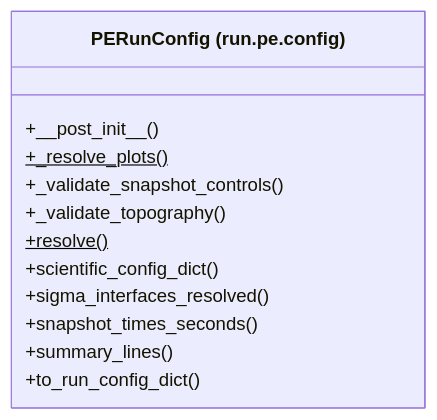
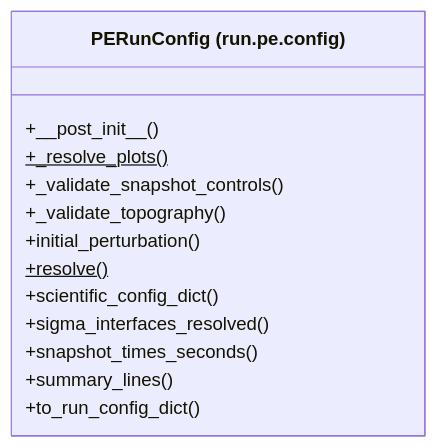
The diagram in docs/architecture/current/classes/tropoi.run.pe.mmd (AlexandreEros/Palintropos), drawn with Mermaid before and after one commit. The commit also changed 6 other files, not shown here.

Commit message:
docs(architecture): refresh the current snapshot for orographic_thermal_wave

```diff
--- a/docs/architecture/current/classes/tropoi.run.pe.mmd
+++ b/docs/architecture/current/classes/tropoi.run.pe.mmd
@@ -1,15 +1,16 @@
 %% Generated by tools.architecture 1.0.0. Do not edit by hand.
 %% All classes defined in package tropoi.run.pe.
 classDiagram
     direction LR
     class c_tropoi_orun_ope_oconfig_oPERunConfig["PERunConfig (run.pe.config)"]
     c_tropoi_orun_ope_oconfig_oPERunConfig : +#95;#95;post#95;init#95;#95;()
     c_tropoi_orun_ope_oconfig_oPERunConfig : +#95;resolve#95;plots()$
     c_tropoi_orun_ope_oconfig_oPERunConfig : +#95;validate#95;snapshot#95;controls()
     c_tropoi_orun_ope_oconfig_oPERunConfig : +#95;validate#95;topography()
+    c_tropoi_orun_ope_oconfig_oPERunConfig : +initial#95;perturbation()
     c_tropoi_orun_ope_oconfig_oPERunConfig : +resolve()$
     c_tropoi_orun_ope_oconfig_oPERunConfig : +scientific#95;config#95;dict()
     c_tropoi_orun_ope_oconfig_oPERunConfig : +sigma#95;interfaces#95;resolved()
     c_tropoi_orun_ope_oconfig_oPERunConfig : +snapshot#95;times#95;seconds()
     c_tropoi_orun_ope_oconfig_oPERunConfig : +summary#95;lines()
     c_tropoi_orun_ope_oconfig_oPERunConfig : +to#95;run#95;config#95;dict()
```
